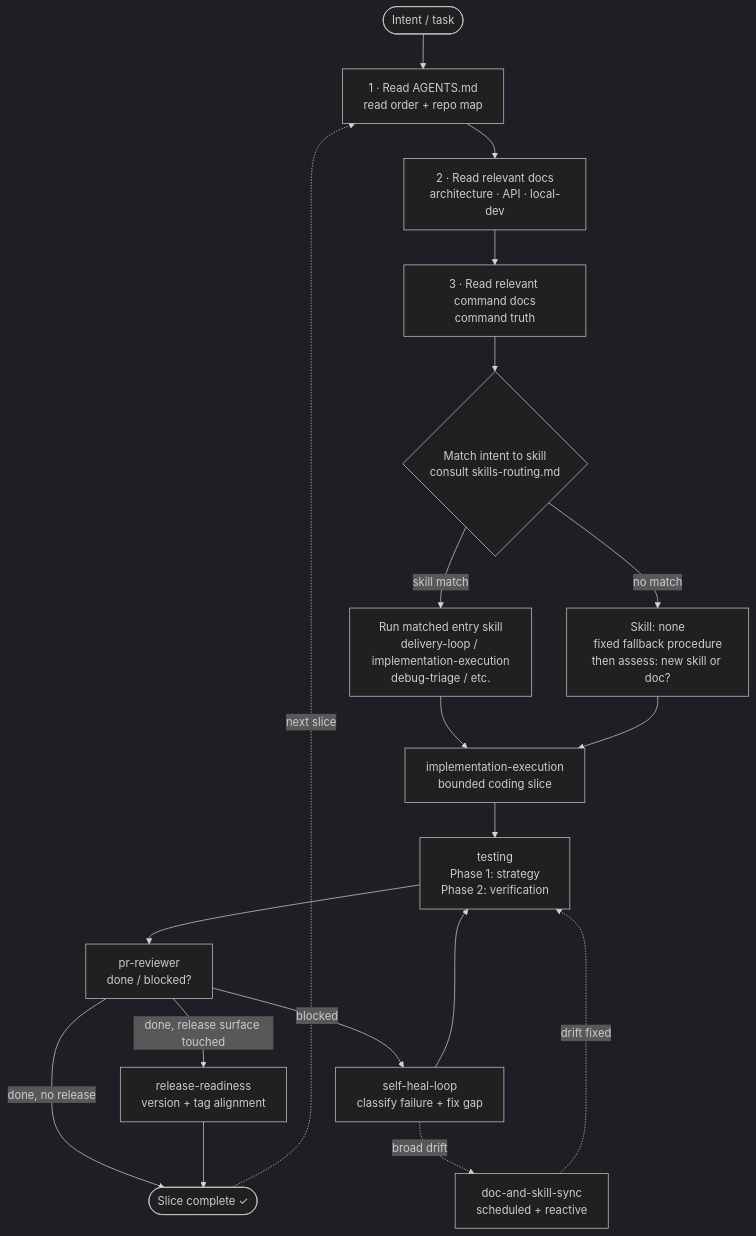
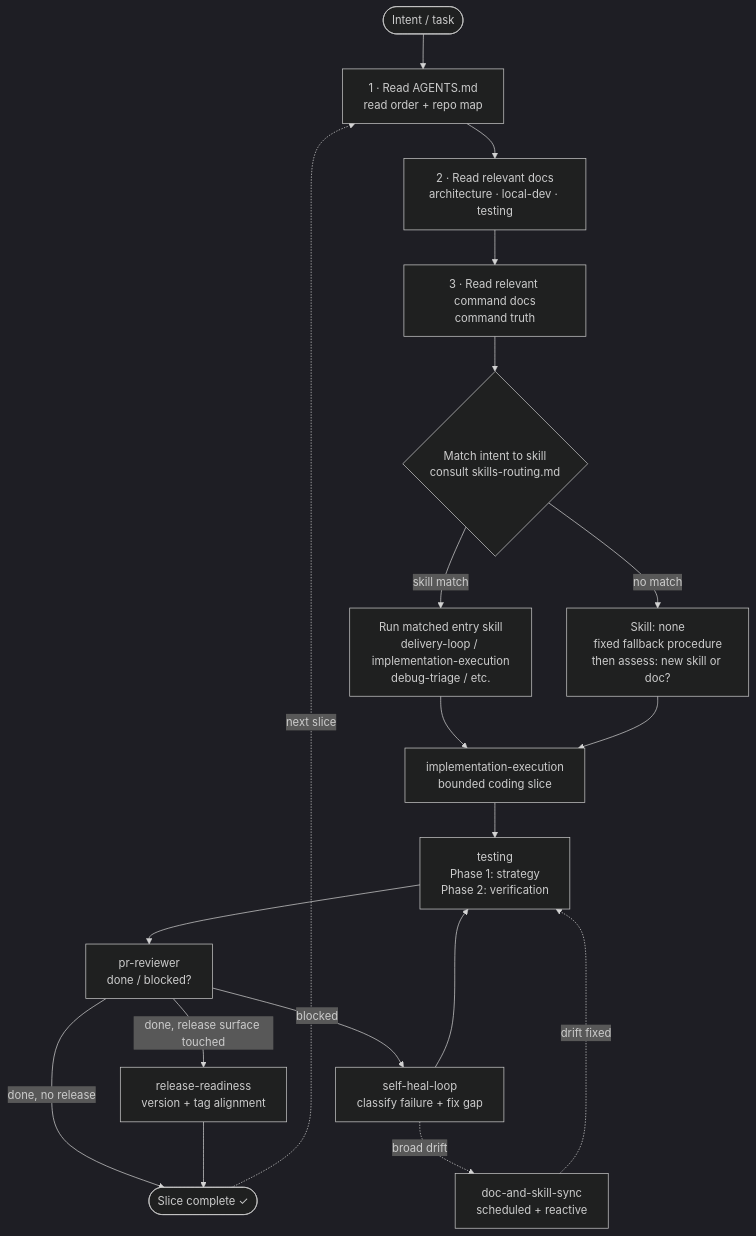
Before and after one commit to martin-nolan/martinnolan-dev: the first of 2 diagrams in harness/docs/agent-harness.md, drawn with Mermaid (dark theme). The commit also changed other lines of this file and 35 other files, not shown here.

````diff
--- a/harness/docs/agent-harness.md
+++ b/harness/docs/agent-harness.md
@@ -30,27 +30,27 @@
 ```mermaid
 flowchart TD
     A([Intent / task]) --> B1[1 · Read AGENTS.md<br/>read order + repo map]
-    B1 --> B2[2 · Read relevant docs<br/>architecture · API · local-dev]
+    B1 --> B2[2 · Read relevant docs<br/>architecture · local-dev · testing]
     B2 --> B3[3 · Read relevant command docs<br/>command truth]
     B3 --> D{Match intent to skill<br/>consult skills-routing.md}
 
     D -- skill match --> E[Run matched entry skill<br/>delivery-loop / implementation-execution<br/>debug-triage / etc.]
     D -- no match --> F[Skill: none<br/>fixed fallback procedure<br/>then assess: new skill or doc?]
 
     E --> N[implementation-execution<br/>bounded coding slice]
     F --> N
 
     N --> G[testing<br/>Phase 1: strategy<br/>Phase 2: verification]
     G --> H[pr-reviewer<br/>done / blocked?]
 
     H -- done, release surface touched --> I[release-readiness<br/>version + tag alignment]
     H -- done, no release --> J([Slice complete ✓])
     I --> J
     J -.->|next slice| B1
 
     H -- blocked --> K[self-heal-loop<br/>classify failure + fix gap]
     K --> G
 
     K -.->|broad drift| L[doc-and-skill-sync<br/>scheduled + reactive]
     L -.->|drift fixed| G
 ```
````
